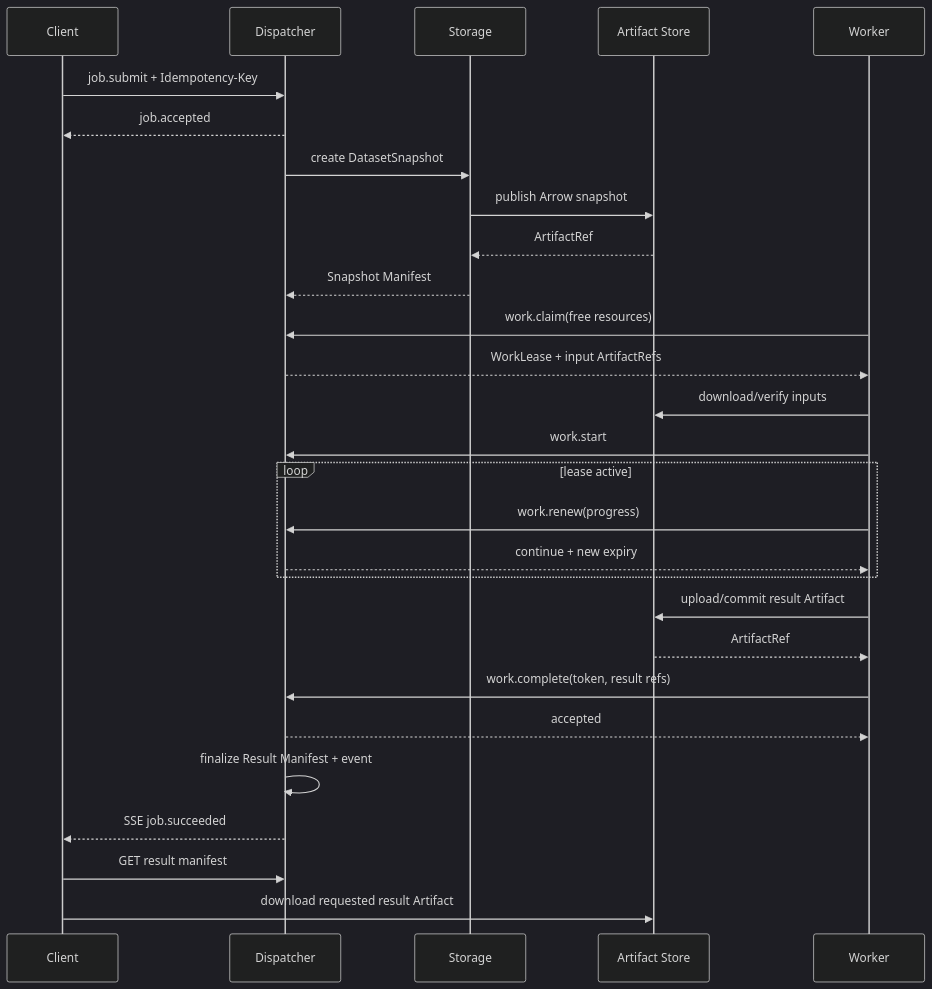
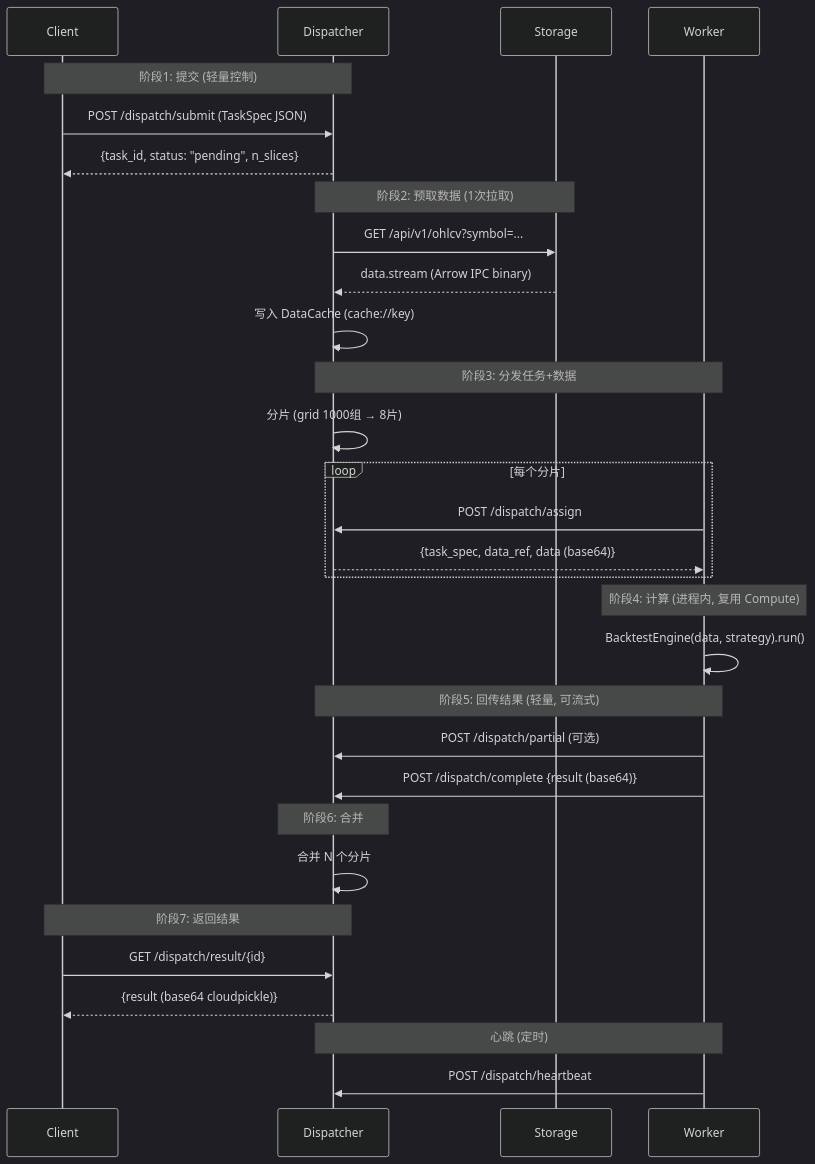
Before and after one commit to RESBI/StockStatistic: the second of 2 diagrams in V31design/designV31/DESIGN_PROT_V31.md, drawn with Mermaid (dark theme). The commit also changed other lines of this file and 475 other files, not shown here.

First line of the commit message:
V3.1 design: finalize architecture docs + implementation reports

````diff
--- a/V31design/designV31/DESIGN_PROT_V31.md
+++ b/V31design/designV31/DESIGN_PROT_V31.md
@@ -1334,34 +943,40 @@
 ```mermaid
 sequenceDiagram
     participant C as Client
     participant D as Dispatcher
     participant S as Storage
-    participant A as Artifact Store
     participant W as Worker
 
-    C->>D: job.submit + Idempotency-Key
-    D-->>C: job.accepted
-    D->>S: create DatasetSnapshot
-    S->>A: publish Arrow snapshot
-    A-->>S: ArtifactRef
-    S-->>D: Snapshot Manifest
+    Note over C,D: 阶段1: 提交 (轻量控制)
+    C->>D: POST /dispatch/submit (TaskSpec JSON)
+    D-->>C: {task_id, status: "pending", n_slices}
 
-    W->>D: work.claim(free resources)
-    D-->>W: WorkLease + input ArtifactRefs
-    W->>A: download/verify inputs
-    W->>D: work.start
+    Note over D,S: 阶段2: 预取数据 (1次拉取)
+    D->>S: GET /api/v1/ohlcv?symbol=...
+    S-->>D: data.stream (Arrow IPC binary)
+    D->>D: 写入 DataCache (cache://key)
 
-    loop lease active
-        W->>D: work.renew(progress)
-        D-->>W: continue + new expiry
+    Note over D,W: 阶段3: 分发任务+数据
+    D->>D: 分片 (grid 1000组 → 8片)
+    loop 每个分片
+        W->>D: POST /dispatch/assign
+        D-->>W: {task_spec, data_ref, data (base64)}
     end
 
-    W->>A: upload/commit result Artifact
-    A-->>W: ArtifactRef
-    W->>D: work.complete(token, result refs)
-    D-->>W: accepted
-    D->>D: finalize Result Manifest + event
-    D-->>C: SSE job.succeeded
-    C->>D: GET result manifest
-    C->>A: download requested result Artifact
+    Note over W: 阶段4: 计算 (进程内, 复用 Compute)
+    W->>W: BacktestEngine(data, strategy).run()
+
+    Note over W,D: 阶段5: 回传结果 (轻量, 可流式)
+    W->>D: POST /dispatch/partial (可选)
+    W->>D: POST /dispatch/complete {result (base64)}
+
+    Note over D: 阶段6: 合并
+    D->>D: 合并 N 个分片
+
+    Note over C,D: 阶段7: 返回结果
+    C->>D: GET /dispatch/result/{id}
+    D-->>C: {result (base64 cloudpickle)}
+
+    Note over W,D: 心跳 (定时)
+    W->>D: POST /dispatch/heartbeat
 ```
````
